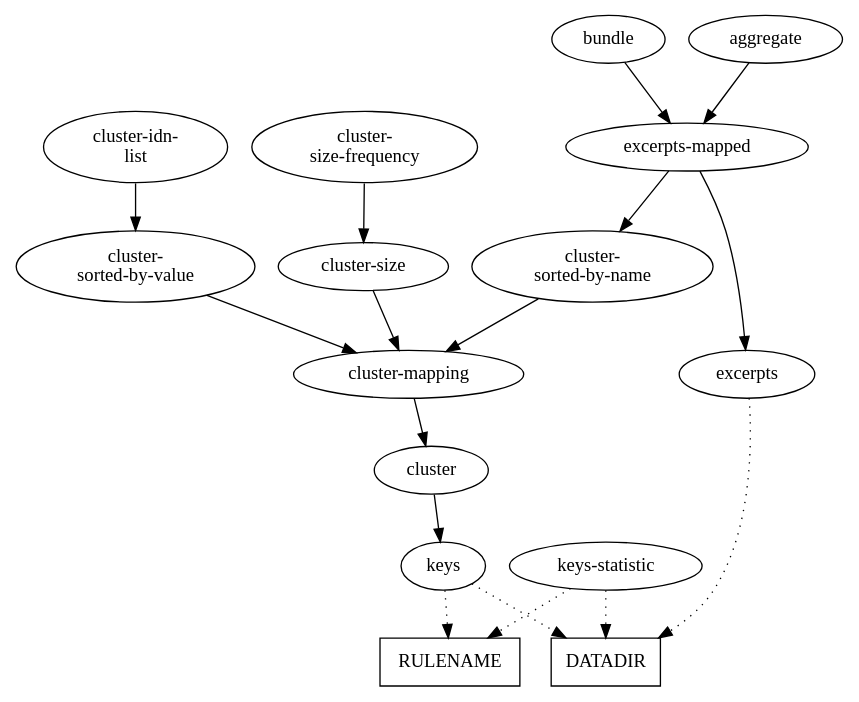
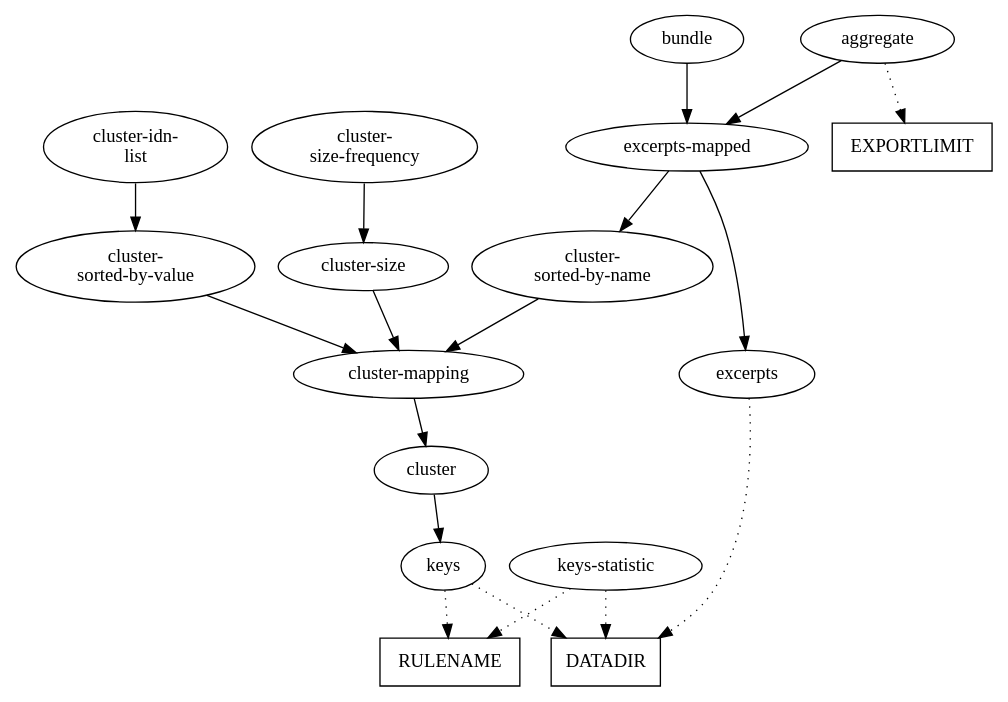
Before and after one commit to culturegraph/culturegraph-workflow: the diagram in workflow-stub/README.md, drawn with Graphviz.

Commit message:
Add variable EXPORTLIMIT to GraphViz graph

````diff
--- a/workflow-stub/README.md
+++ b/workflow-stub/README.md
@@ -121,41 +121,47 @@
 ```GraphViz
 digraph Makefile {
 
     datadir [
         label = DATADIR
         shape = rect
     ]
     
     rulename [
         label = RULENAME
+        shape = rect
+    ]
+    
+    exportlimit [
+        label = EXPORTLIMIT
         shape = rect
     ]
     
     keys_statistic [ label = "keys-statistic" ]
     cluster_mapping [ label = "cluster-mapping" ]
     cluster_sorted_by_name [ label = "cluster-\nsorted-by-name" ]
     cluster_sorted_by_value [ label = "cluster-\nsorted-by-value" ]
     cluster_idn_list [ label = "cluster-idn-\nlist" ]
     cluster_size [ label = "cluster-size"]
     cluster_size_frequencey [ label = "cluster-\nsize-frequency" ]
     excerpts_mapped [ label = "excerpts-mapped" ]
 
     keys -> datadir [ style = dotted ]
     keys -> rulename [ style = dotted ]
     keys_statistic -> datadir [ style = dotted ]
     keys_statistic -> rulename [ style = dotted ]
 
     cluster -> keys
     cluster_mapping -> cluster
     cluster_sorted_by_name -> cluster_mapping
     cluster_sorted_by_value -> cluster_mapping
     cluster_idn_list -> cluster_sorted_by_value
     cluster_size -> cluster_mapping
     cluster_size_frequencey -> cluster_size
     
     excerpts -> datadir [ style = dotted ]
     excerpts_mapped -> excerpts, cluster_sorted_by_name
     bundle -> excerpts_mapped
     aggregate -> excerpts_mapped
+    aggregate -> exportlimit [ style = dotted ]
 }
 ```
````
